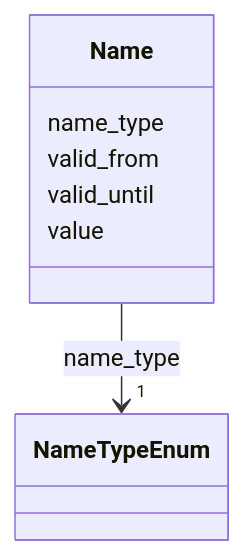
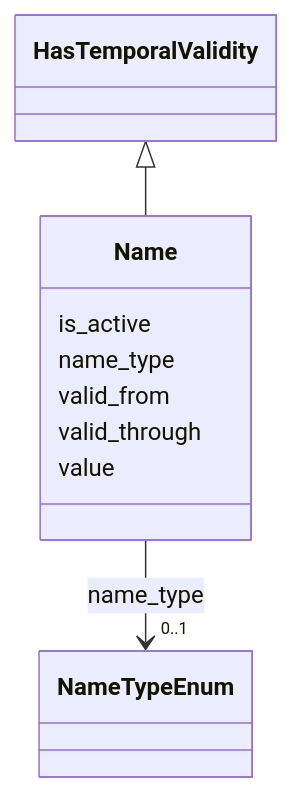
One commit to swiss/political-affairs-ech-group changed the diagram in ech-0294_actors/output/docs/Name.md. Above: the diagram before and after it, drawn with Mermaid. The commit also changed other lines of this file and 176 other files, not shown here.

````diff
--- a/ech-0294_actors/output/docs/Name.md
+++ b/ech-0294_actors/output/docs/Name.md
@@ -13,23 +22,28 @@
 ```mermaid
  classDiagram
     class Name
     click Name href "../Name/"
+      HasTemporalValidity <|-- Name
+        click HasTemporalValidity href "../HasTemporalValidity/"
+      
+      Name : is_active
+        
       Name : name_type
         
           
     
         
         
-        Name --> "1" NameTypeEnum : name_type
+        Name --> "0..1" NameTypeEnum : name_type
         click NameTypeEnum href "../NameTypeEnum/"
     
 
         
       Name : valid_from
         
-      Name : valid_until
+      Name : valid_through
         
       Name : value
         
       
 ```
````
